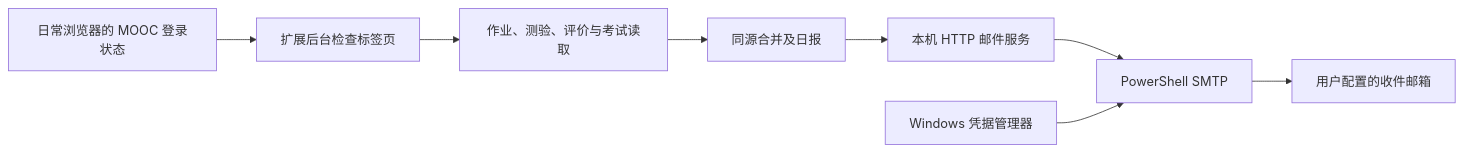
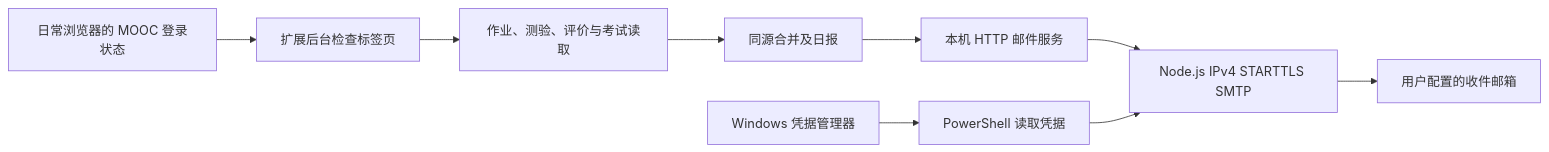
Before and after one commit to jingruideaa/china-mooc-task-reminder: the diagram in docs/ARCHITECTURE.md, drawn with Mermaid. The commit also changed other lines of this file and 5 other files, not shown here.

Commit message:
Fix SMTP delivery with IPv4 TLS and plain PowerShell input

````diff
--- a/docs/ARCHITECTURE.md
+++ b/docs/ARCHITECTURE.md
@@ -5,10 +5,11 @@
 ```mermaid
 flowchart LR
   A[日常浏览器的 MOOC 登录状态] --> B[扩展后台检查标签页]
   B --> C[作业、测验、评价与考试读取]
   C --> D[同源合并及日报]
   D --> E[本机 HTTP 邮件服务]
-  E --> F[PowerShell SMTP]
-  G[Windows 凭据管理器] --> F
+  E --> F[Node.js IPv4 STARTTLS SMTP]
+  G[Windows 凭据管理器] --> P[PowerShell 读取凭据]
+  P --> F
   F --> H[用户配置的收件邮箱]
 ```
````
